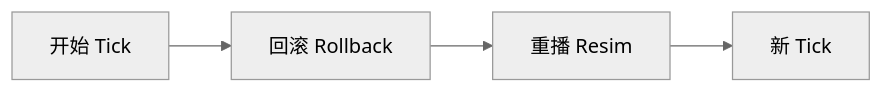
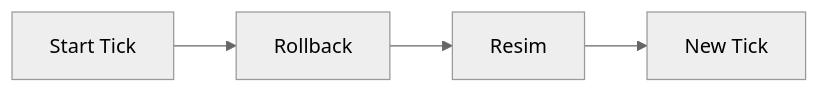
One commit to Canglangzi/NetickDocumentation changed the second of 6 diagrams in NetworkNodes/English/Netick/notion/Prediction.md. Above: the diagram before and after it, drawn with Mermaid (neutral theme). The commit also changed other lines of this file, not shown here.

````diff
--- a/NetworkNodes/English/Netick/notion/Prediction.md
+++ b/NetworkNodes/English/Netick/notion/Prediction.md
@@ -11,6 +8,6 @@
 ```mermaid
 graph LR
-A[开始 Tick] --> B[回滚 Rollback]
-B --> C[重播 Resim]
-C --> D[新 Tick]
+A[Start Tick] --> B[Rollback]
+B --> C[Resim]
+C --> D[New Tick]
 ```
````
